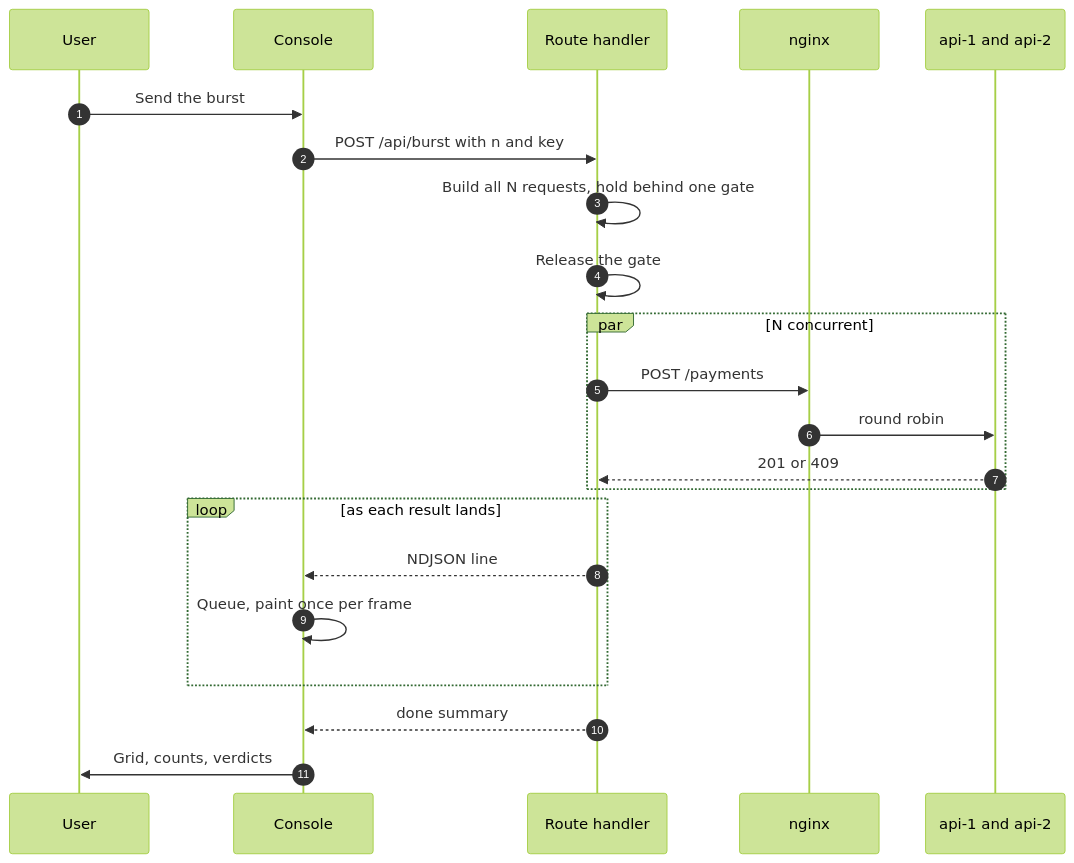
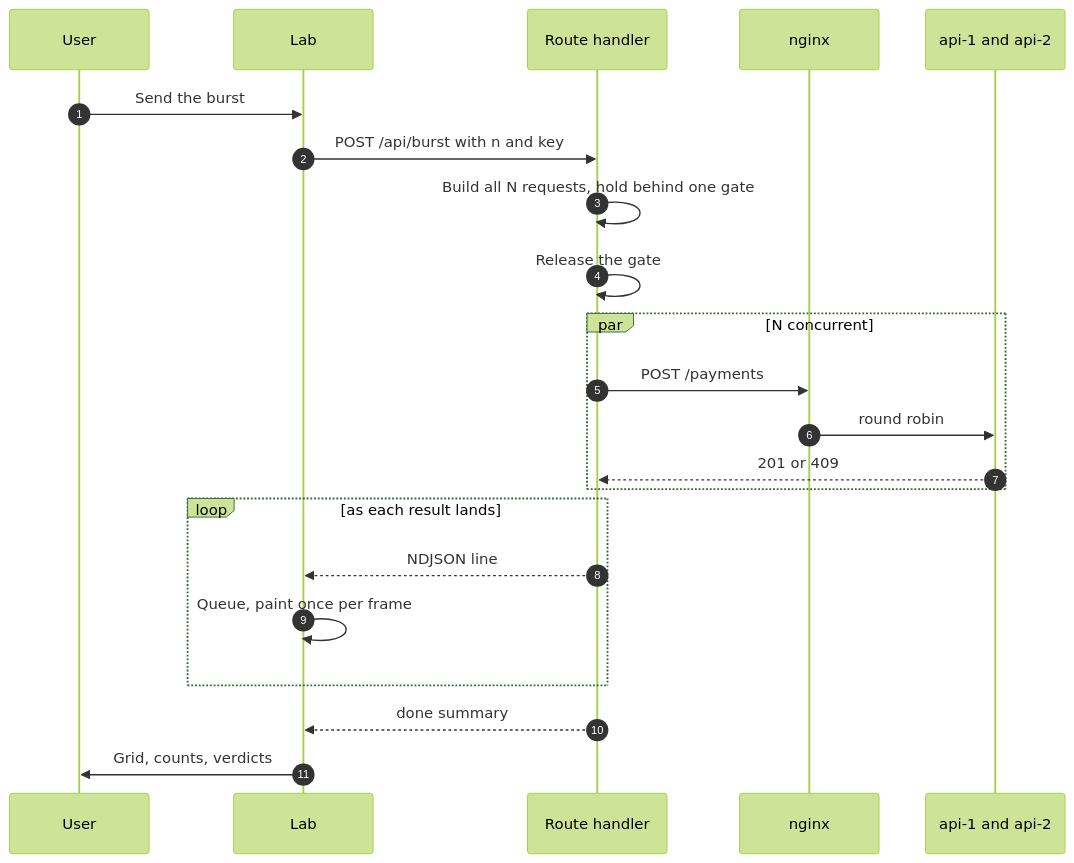
Before and after one commit to Ridzzz0Alam/idempotent-payment: the tenth of 12 diagrams in docs/DIAGRAMS.md, drawn with Mermaid (forest theme). The commit also changed other lines of this file and 30 other files, not shown here.

````diff
--- a/docs/DIAGRAMS.md
+++ b/docs/DIAGRAMS.md
@@ -306,25 +310,25 @@
 ```mermaid
 sequenceDiagram
     autonumber
     participant U as User
-    participant UI as Console
+    participant UI as Lab
     participant RH as Route handler
     participant LB as nginx
     participant API as api-1 and api-2
 
     U->>UI: Send the burst
     UI->>RH: POST /api/burst with n and key
     RH->>RH: Build all N requests, hold behind one gate
     RH->>RH: Release the gate
     par N concurrent
         RH->>LB: POST /payments
         LB->>API: round robin
         API-->>RH: 201 or 409
     end
     loop as each result lands
         RH-->>UI: NDJSON line
         UI->>UI: Queue, paint once per frame
     end
     RH-->>UI: done summary
     UI->>U: Grid, counts, verdicts
 ```
````
